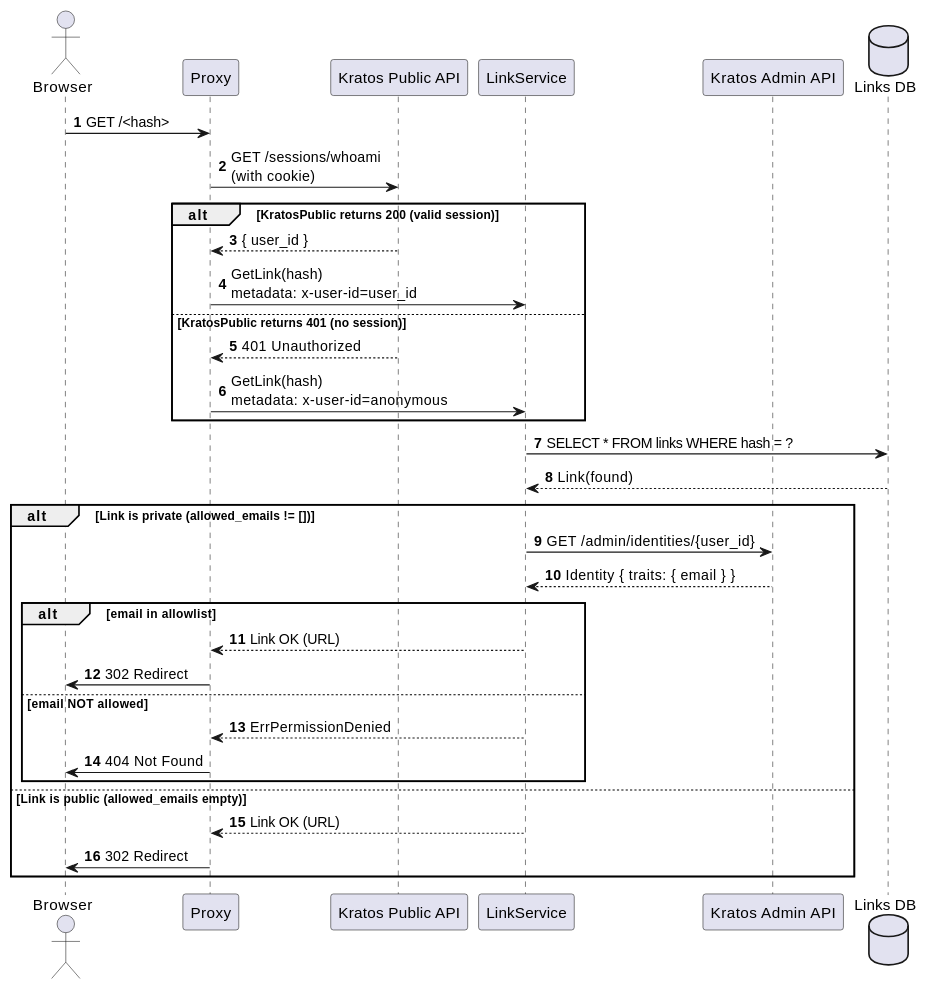
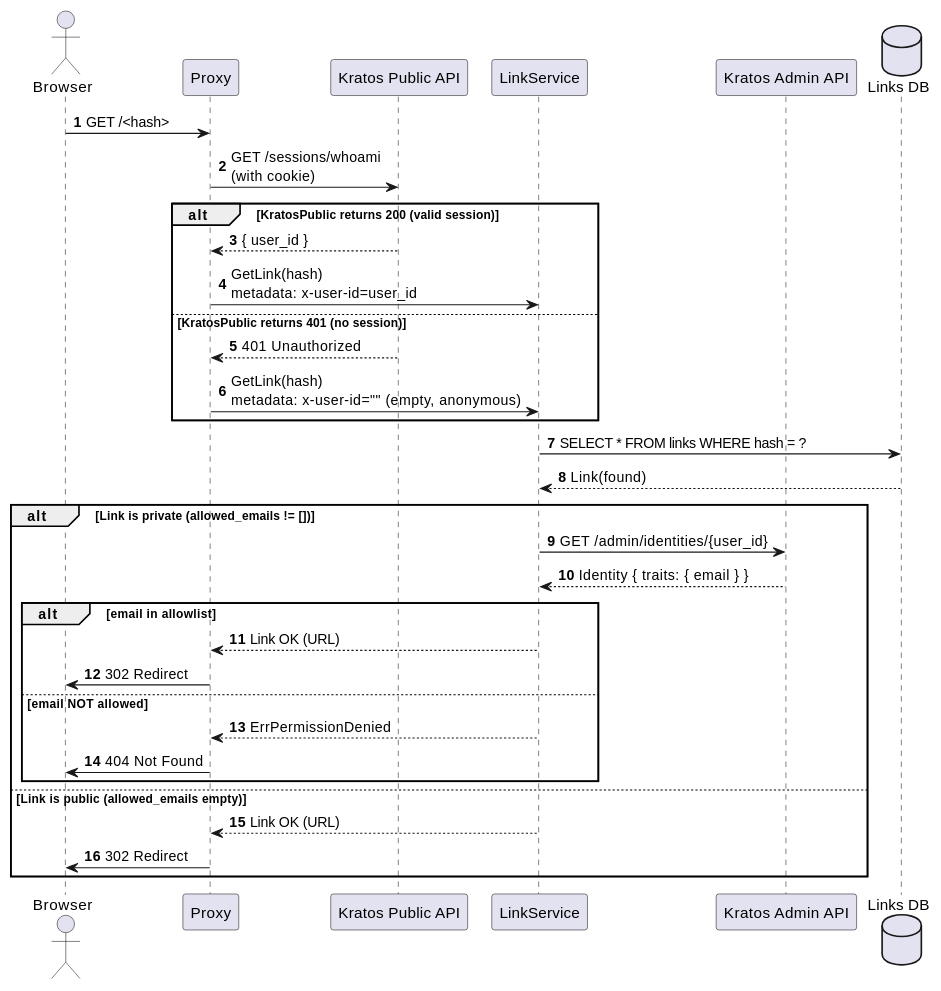
One commit to shortlink-org/shortlink changed the diagram in docs/ADR/decisions/0042-link-privacy-control.md. Above: the diagram before and after it, drawn with PlantUML. The commit also changed other lines of this file and 7 other files, not shown here.

````diff
--- a/docs/ADR/decisions/0042-link-privacy-control.md
+++ b/docs/ADR/decisions/0042-link-privacy-control.md
@@ -160,43 +160,43 @@
 ```plantuml
 @startuml
 autonumber
 
 actor Browser
 participant Proxy
 participant "Kratos Public API" as KratosPublic
 participant "LinkService" as LS
 participant "Kratos Admin API" as KratosAdmin
 database "Links DB" as DB
 
 Browser -> Proxy: GET /<hash>
 Proxy -> KratosPublic: GET /sessions/whoami\n(with cookie)
 
 alt KratosPublic returns 200 (valid session)
     KratosPublic --> Proxy: { user_id }
     Proxy -> LS: GetLink(hash)\nmetadata: x-user-id=user_id
 else KratosPublic returns 401 (no session)
     KratosPublic --> Proxy: 401 Unauthorized
-    Proxy -> LS: GetLink(hash)\nmetadata: x-user-id=anonymous
+    Proxy -> LS: GetLink(hash)\nmetadata: x-user-id="" (empty, anonymous)
 end
 
 LS -> DB: SELECT * FROM links WHERE hash = ?
 DB --> LS: Link(found)
 
 alt Link is private (allowed_emails != [])
     LS -> KratosAdmin: GET /admin/identities/{user_id}
     KratosAdmin --> LS: Identity { traits: { email } }
 
     alt email in allowlist
         LS --> Proxy: Link OK (URL)
         Proxy -> Browser: 302 Redirect
     else email NOT allowed
         LS --> Proxy: ErrPermissionDenied
         Proxy -> Browser: 404 Not Found
     end
 else Link is public (allowed_emails empty)
     LS --> Proxy: Link OK (URL)
     Proxy -> Browser: 302 Redirect
 end
 
 @enduml
 ```
````
